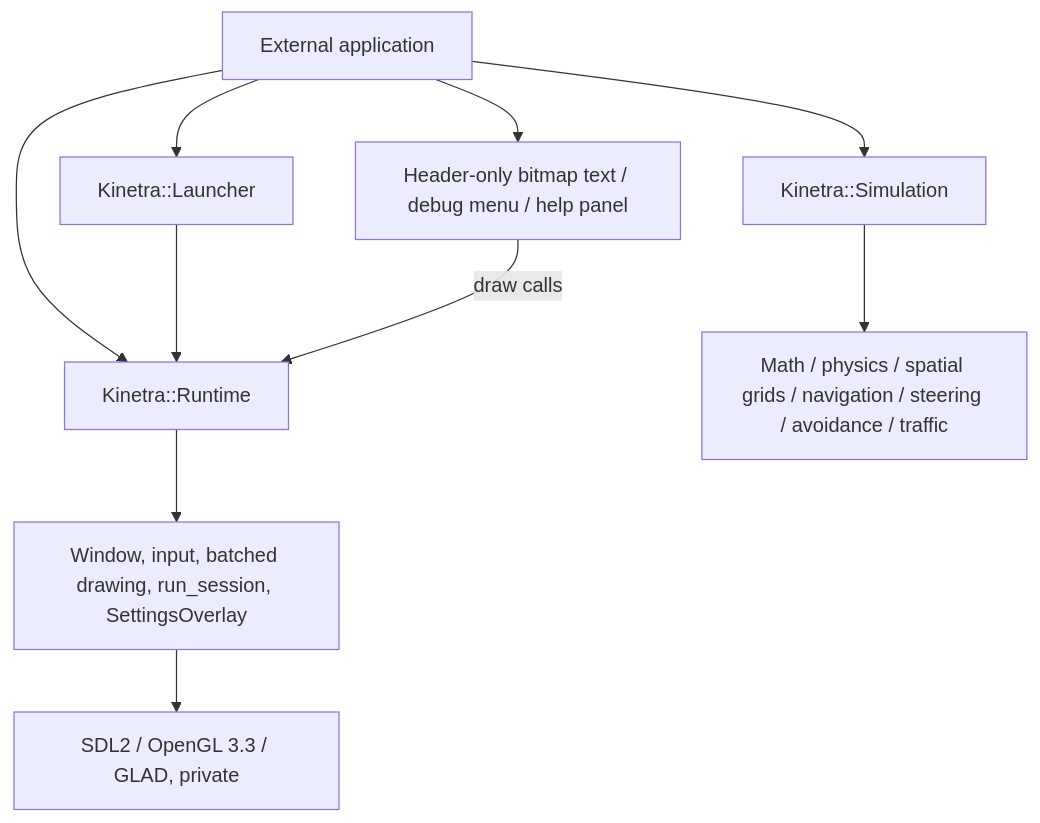
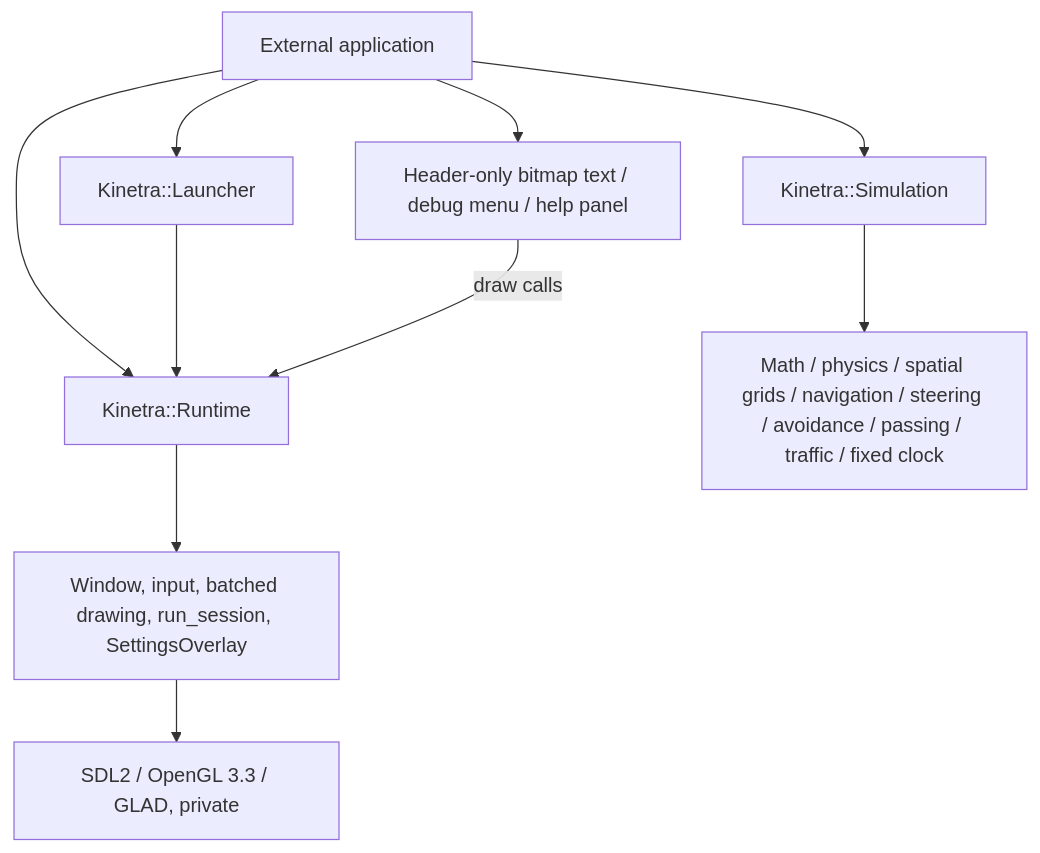
The second of 4 diagrams in docs/architecture.md (SMB-M87/Kinetra), drawn with Mermaid before and after one commit. The commit also changed 4 other files, not shown here.

````diff
--- a/docs/architecture.md
+++ b/docs/architecture.md
@@ -31,12 +31,12 @@
 ```mermaid
 flowchart TD
     App[External application] --> Sim[Kinetra::Simulation]
     App --> Runtime[Kinetra::Runtime]
     App --> Launcher[Kinetra::Launcher]
     Launcher --> Runtime
     App --> UI[Header-only bitmap text / debug menu / help panel]
     UI -->|draw calls| Runtime
-    Sim --> Headless[Math / physics / spatial grids / navigation / steering / avoidance / traffic]
+    Sim --> Headless[Math / physics / spatial grids / navigation / steering / avoidance / passing / traffic / fixed clock]
     Runtime --> Parts[Window, input, batched drawing, run_session, SettingsOverlay]
     Parts --> Platform[SDL2 / OpenGL 3.3 / GLAD, private]
 ```
````
